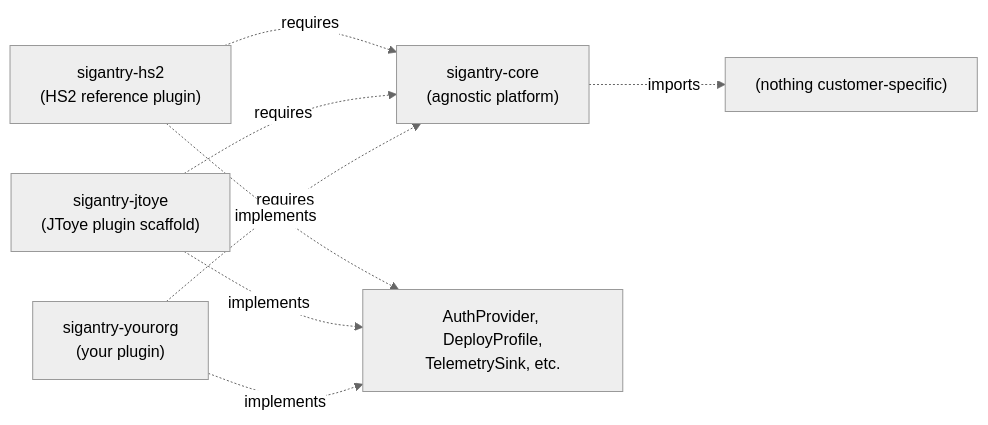
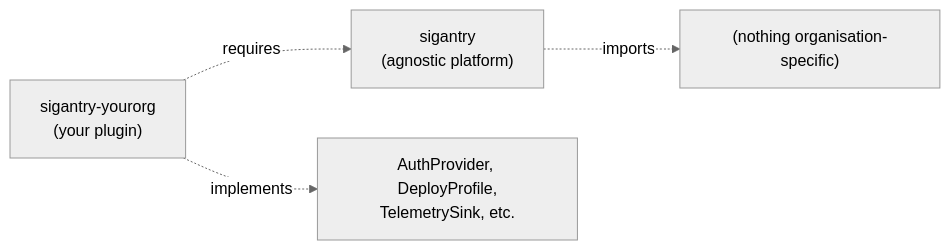
One commit to Bralabee/sigantry changed the second of 11 diagrams in docs/USER-GUIDE.md. Above: the diagram before and after it, drawn with Mermaid (neutral theme). The commit also changed other lines of this file and 20 other files, not shown here.

````diff
--- a/docs/USER-GUIDE.md
+++ b/docs/USER-GUIDE.md
@@ -211,14 +208,8 @@
 ```mermaid
 graph LR
-    A["sigantry-core<br/>(agnostic platform)"]
-    B["sigantry-hs2<br/>(HS2 reference plugin)"]
-    C["sigantry-jtoye<br/>(JToye plugin scaffold)"]
+    A["sigantry<br/>(agnostic platform)"]
     D["sigantry-yourorg<br/>(your plugin)"]
-    A -.imports.-> NIL["(nothing customer-specific)"]
-    B -.requires.-> A
-    C -.requires.-> A
+    A -.imports.-> NIL["(nothing organisation-specific)"]
     D -.requires.-> A
-    B -.implements.-> S1["AuthProvider, DeployProfile,<br/>TelemetrySink, etc."]
-    C -.implements.-> S1
-    D -.implements.-> S1
+    D -.implements.-> S1["AuthProvider, DeployProfile,<br/>TelemetrySink, etc."]
 ```
````
